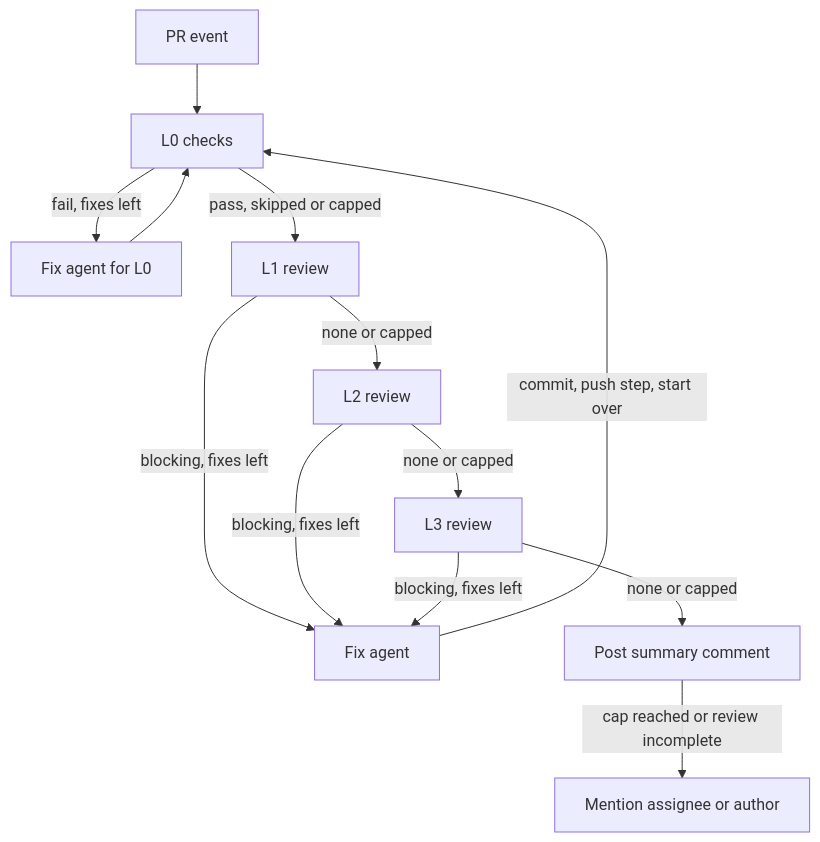
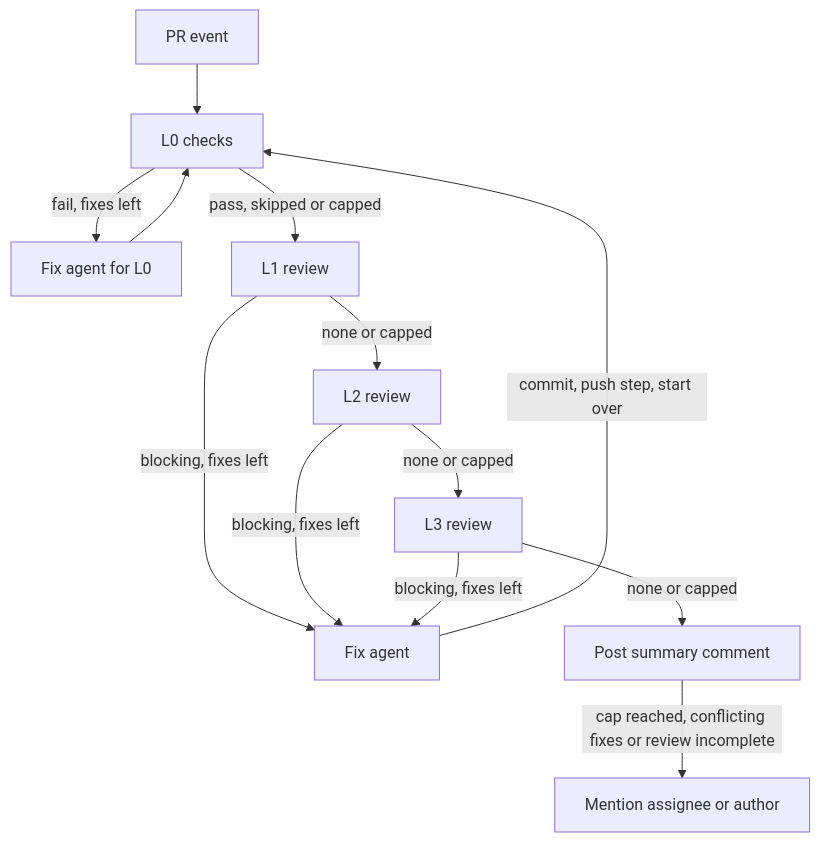
One commit to oneable-dev/.github changed the diagram in README.md. Above: the diagram before and after it, drawn with Mermaid. The commit also changed other lines of this file and 13 other files, not shown here.

````diff
--- a/README.md
+++ b/README.md
@@ -43,15 +43,15 @@
 ```mermaid
 flowchart TD
     A[PR event] --> L0[L0 checks]
     L0 -->|fail, fixes left| F0[Fix agent for L0]
     F0 --> L0
     L0 -->|pass, skipped or capped| L1[L1 review]
     L1 -->|blocking, fixes left| F1[Fix agent]
     L1 -->|none or capped| L2[L2 review]
     L2 -->|blocking, fixes left| F1
     L2 -->|none or capped| L3[L3 review]
     L3 -->|blocking, fixes left| F1
     F1 -->|commit, push step, start over| L0
     L3 -->|none or capped| R[Post summary comment]
-    R -->|cap reached or review incomplete| M[Mention assignee or author]
+    R -->|cap reached, conflicting fixes or review incomplete| M[Mention assignee or author]
 ```
````
